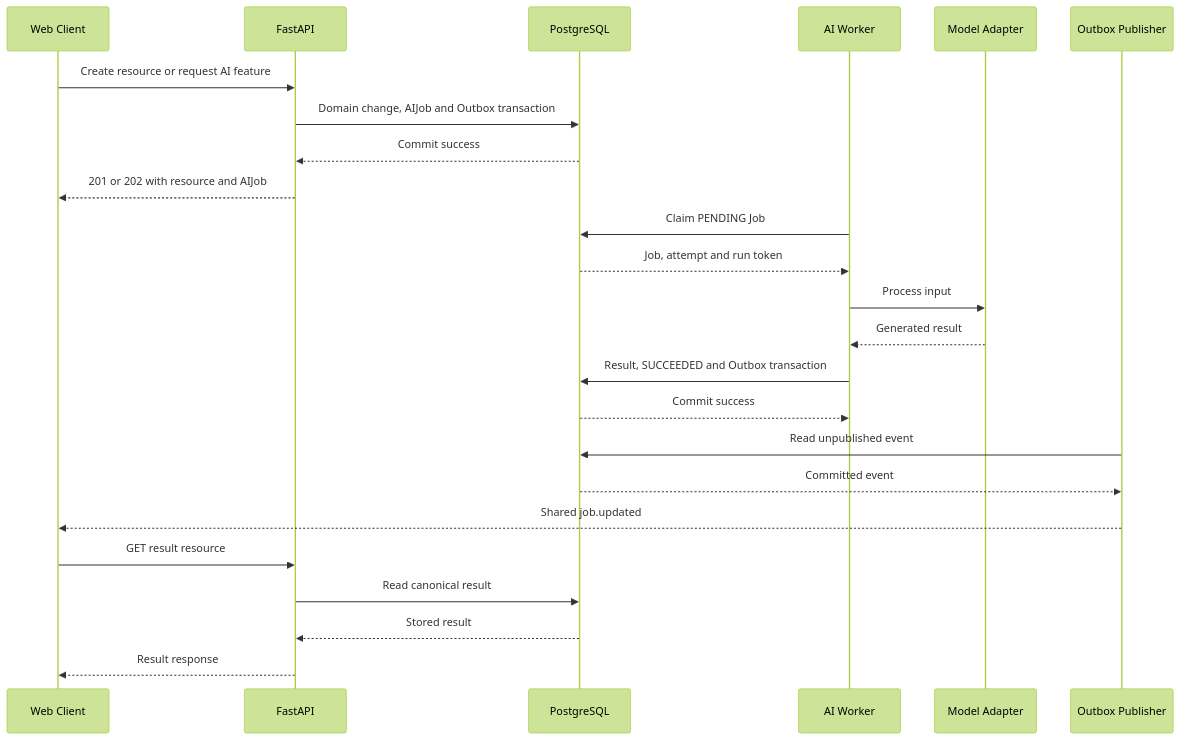
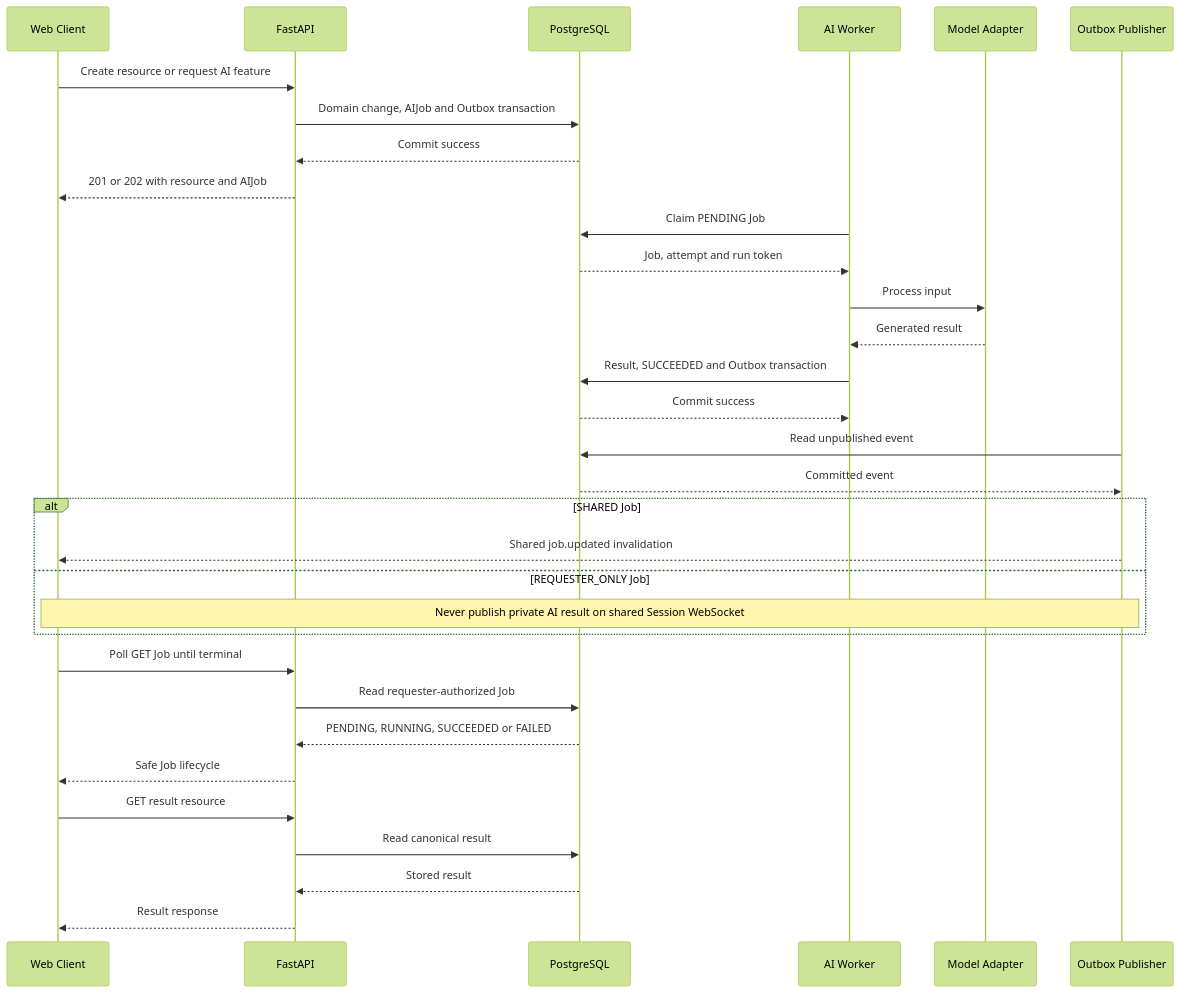
The fifth of 6 diagrams in docs/architecture/시스템구성도.md (madcamp-official/26s-w2-c2-08), drawn with Mermaid (forest theme) before and after one commit. The commit also changed other lines of this file and 1 other file, not shown here.

````diff
--- a/docs/architecture/시스템구성도.md
+++ b/docs/architecture/시스템구성도.md
@@ -310,27 +374,35 @@
 ```mermaid
 sequenceDiagram
     participant client as Web Client
     participant api as FastAPI
     participant database as PostgreSQL
     participant worker as AI Worker
     participant model as Model Adapter
     participant publisher as Outbox Publisher
 
     client->>api: Create resource or request AI feature
     api->>database: Domain change, AIJob and Outbox transaction
     database-->>api: Commit success
     api-->>client: 201 or 202 with resource and AIJob
     worker->>database: Claim PENDING Job
     database-->>worker: Job, attempt and run token
     worker->>model: Process input
     model-->>worker: Generated result
     worker->>database: Result, SUCCEEDED and Outbox transaction
     database-->>worker: Commit success
     publisher->>database: Read unpublished event
     database-->>publisher: Committed event
-    publisher-->>client: Shared job.updated
+    alt SHARED Job
+        publisher-->>client: Shared job.updated invalidation
+    else REQUESTER_ONLY Job
+        Note over publisher,client: Never publish private AI result on shared Session WebSocket
+    end
+    client->>api: Poll GET Job until terminal
+    api->>database: Read requester-authorized Job
+    database-->>api: PENDING, RUNNING, SUCCEEDED or FAILED
+    api-->>client: Safe Job lifecycle
     client->>api: GET result resource
     api->>database: Read canonical result
     database-->>api: Stored result
     api-->>client: Result response
 ```
````
